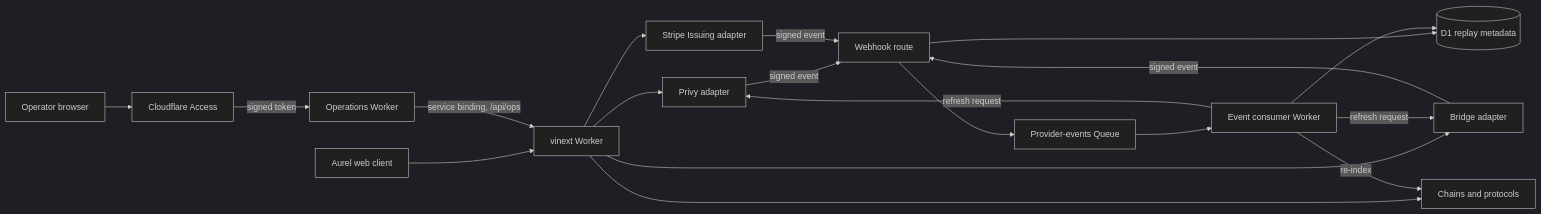
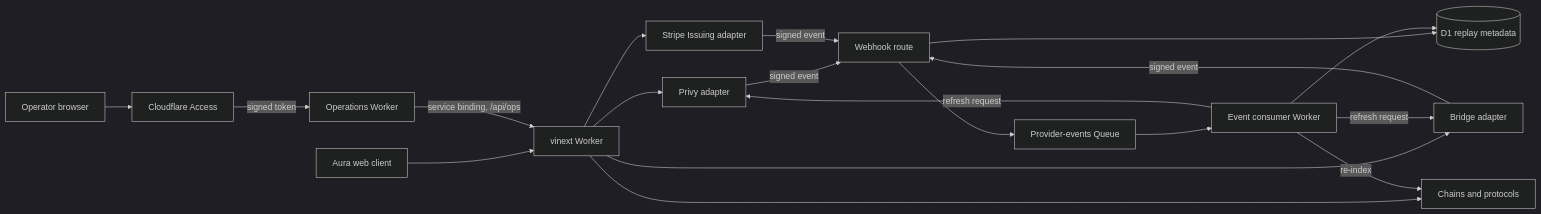
The diagram in docs/architecture/architecture.md (arthurtouble/crypto-neo-bank), drawn with Mermaid (dark theme) before and after one commit. The commit also changed other lines of this file and 61 other files, not shown here.

````diff
--- a/docs/architecture/architecture.md
+++ b/docs/architecture/architecture.md
@@ -37,21 +36,21 @@
 ```mermaid
 flowchart LR
-    UI[Aurel web client] --> WEB[vinext Worker]
+    UI[Aura web client] --> WEB[vinext Worker]
     WEB --> PRIVY[Privy adapter]
     WEB --> BRIDGE[Bridge adapter]
     WEB --> STRIPE[Stripe Issuing adapter]
     WEB --> CHAIN[Chains and protocols]
     PRIVY -->|signed event| HOOK[Webhook route]
     BRIDGE -->|signed event| HOOK
     STRIPE -->|signed event| HOOK
     HOOK --> D1[(D1 replay metadata)]
     HOOK --> QUEUE[Provider-events Queue]
     QUEUE --> CONSUMER[Event consumer Worker]
     CONSUMER --> D1
     CONSUMER -->|refresh request| PRIVY
     CONSUMER -->|refresh request| BRIDGE
     CONSUMER -->|re-index| CHAIN
     OPUI[Operator browser] --> ACCESS[Cloudflare Access]
     ACCESS -->|signed token| OPS[Operations Worker]
     OPS -->|service binding, /api/ops| WEB
 ```
````
